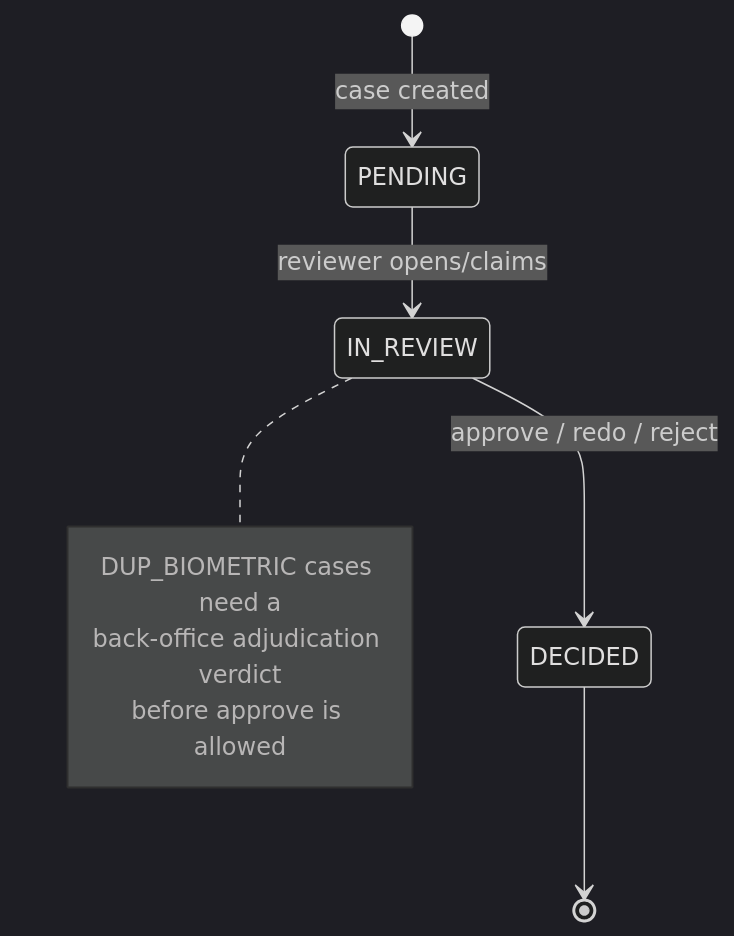
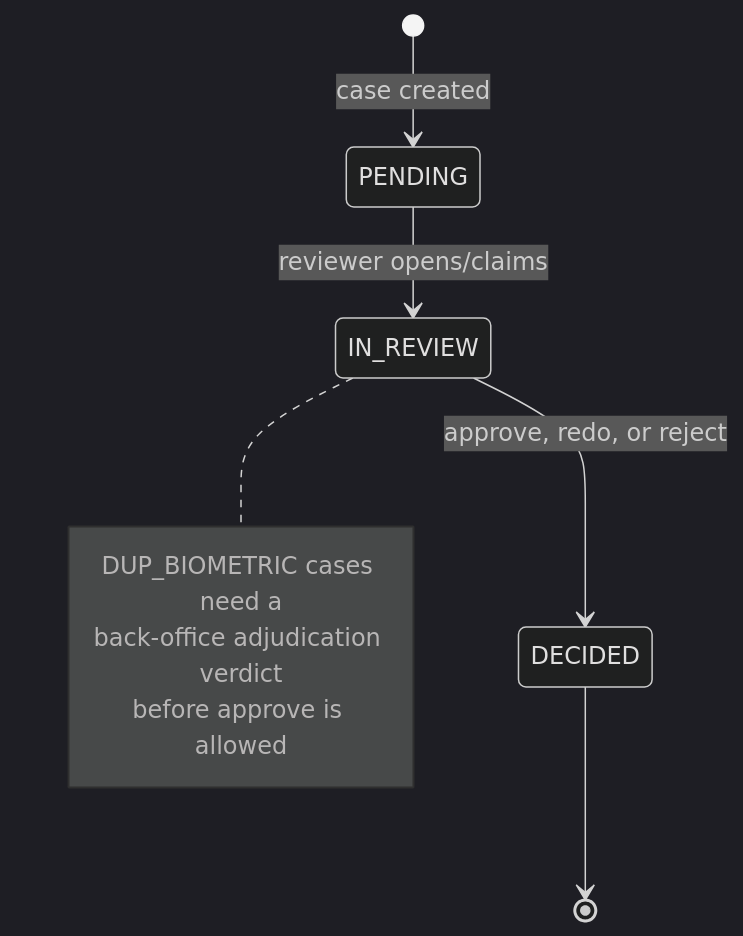
Diagram 14 of 15 in docs/02-architecture-diagrams.md (kevzo8/cps-272), drawn with Mermaid (dark theme) before and after one commit. The commit also changed other lines of this file, not shown here.

Commit message:
Fix mermaid state labels: no colons, arrows, or markers in edge text

````diff
--- a/docs/02-architecture-diagrams.md
+++ b/docs/02-architecture-diagrams.md
@@ -349,12 +349,12 @@
 ```mermaid
 stateDiagram-v2
     [*] --> PENDING: case created
     PENDING --> IN_REVIEW: reviewer opens/claims
-    IN_REVIEW --> DECIDED: approve / redo / reject
+    IN_REVIEW --> DECIDED: approve, redo, or reject
     DECIDED --> [*]
     note right of IN_REVIEW
         DUP_BIOMETRIC cases need a
         back-office adjudication verdict
         before approve is allowed
     end note
 ```
````
